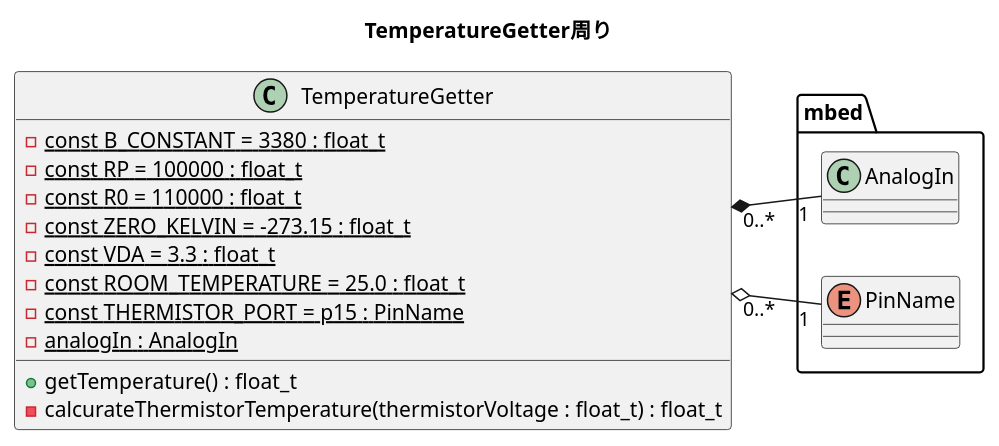
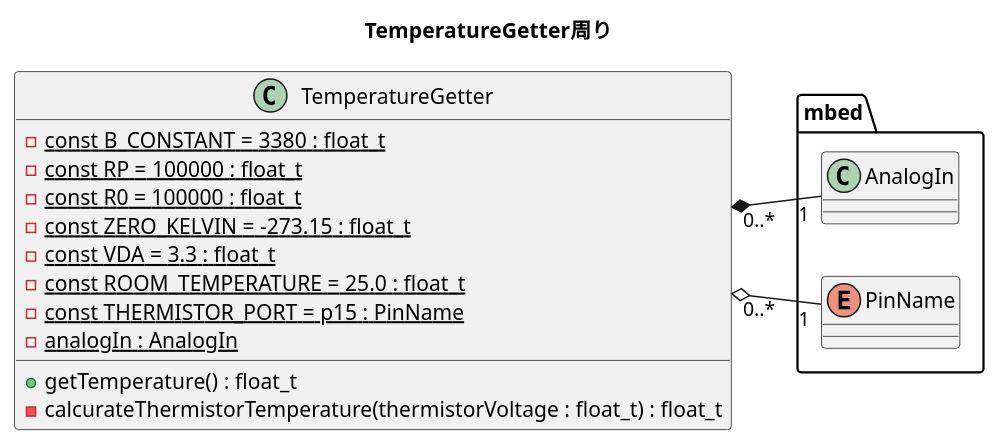
The diagram in UML/class/temperaturegetter.plantuml (goheisystem/softwareDocuments), drawn with PlantUML before and after one commit.

Commit message:
サーミスタのR0修正

```diff
--- a/UML/class/temperaturegetter.plantuml
+++ b/UML/class/temperaturegetter.plantuml
@@ -1,28 +1,28 @@
 @startuml
 title TemperatureGetter周り
 
 left to right direction
 
 class "TemperatureGetter" as ClassTemperatureGetter{
   +getTemperature() : float_t
   -calcurateThermistorTemperature(thermistorVoltage : float_t) : float_t
   -{static}const B_CONSTANT = 3380 : float_t
   -{static}const RP = 100000 : float_t
-  -{static}const R0 = 110000 : float_t
+  -{static}const R0 = 100000 : float_t
   -{static}const ZERO_KELVIN = -273.15 : float_t
   -{static}const VDA = 3.3 : float_t
   -{static}const ROOM_TEMPERATURE = 25.0 : float_t
   -{static}const THERMISTOR_PORT = p15 : PinName
   -{static}analogIn : AnalogIn
 }
 
 package "mbed" as PackageMBED{
   class "AnalogIn" as ClassAnalogIn{
   }
   enum "PinName" as EnumPinName{
 
   }
 }
 ClassTemperatureGetter "0..*" *-- "1" ClassAnalogIn
 ClassTemperatureGetter "0..*" o-- "1" EnumPinName
 @enduml
```
